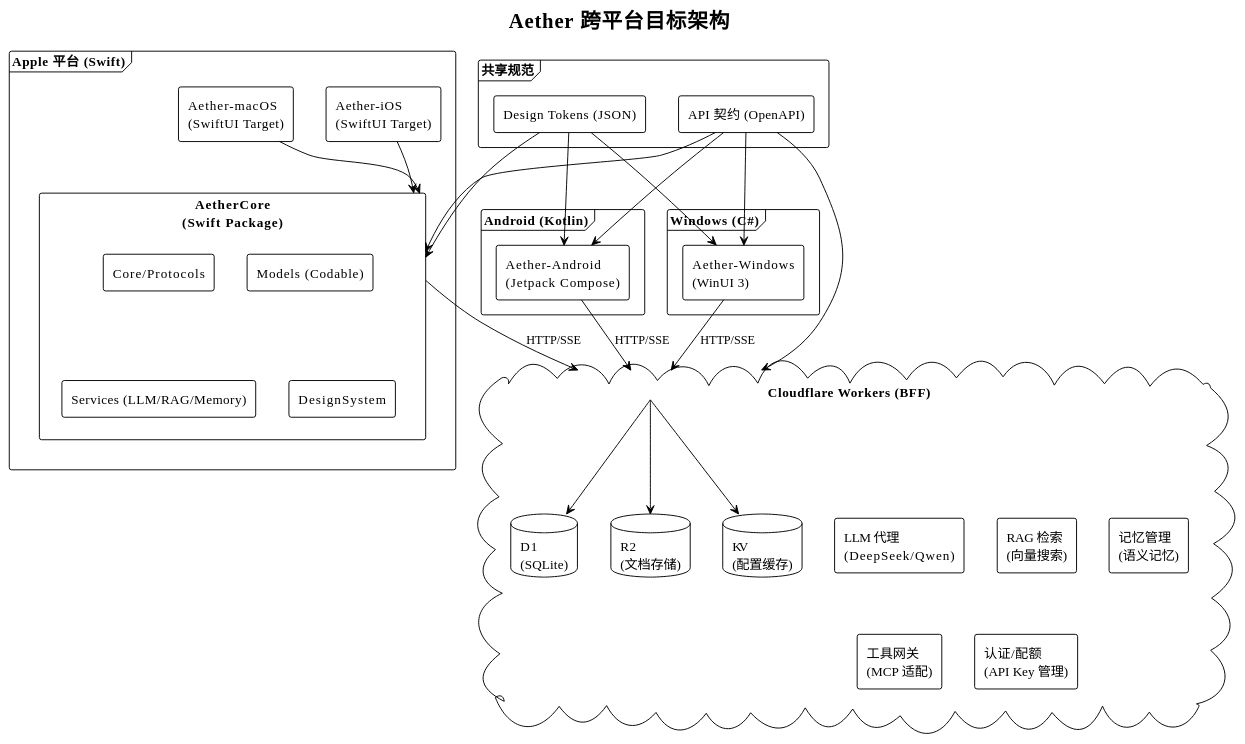
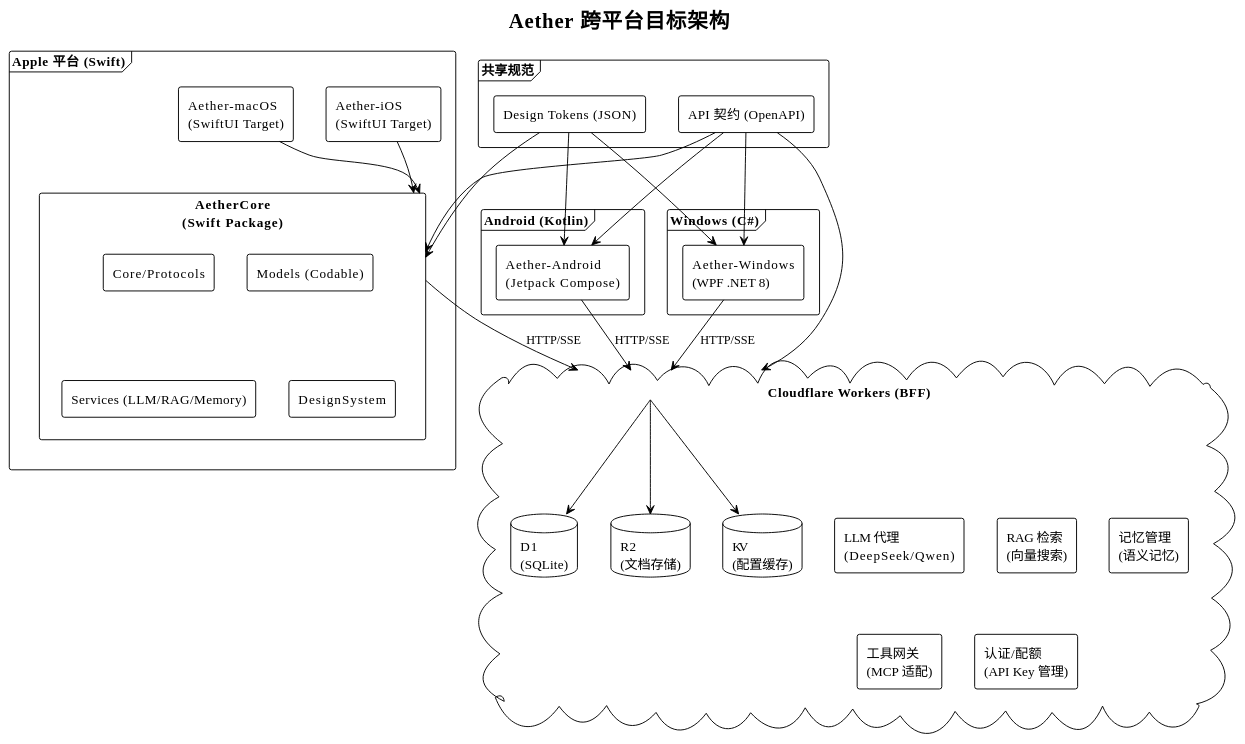
One commit to luosicx/Aether changed the third of 22 diagrams in doc/MASTER_PLAN.md. Above: the diagram before and after it, drawn with PlantUML. The commit also changed other lines of this file and 12 other files, not shown here.

````diff
--- a/doc/MASTER_PLAN.md
+++ b/doc/MASTER_PLAN.md
@@ -276,61 +276,61 @@
 ```plantuml
 @startuml
 !theme plain
 title Aether 跨平台目标架构
 
 skinparam componentStyle rectangle
 skinparam packageStyle frame
 
 cloud "Cloudflare Workers (BFF)" as BFF {
     component "LLM 代理\n(DeepSeek/Qwen)" as LLMBFF
     component "RAG 检索\n(向量搜索)" as RAGBFF
     component "记忆管理\n(语义记忆)" as MEMBFF
     component "工具网关\n(MCP 适配)" as TOOLBFF
     component "认证/配额\n(API Key 管理)" as AUTHBFF
     database "D1\n(SQLite)" as D1
     database "R2\n(文档存储)" as R2
     database "KV\n(配置缓存)" as KV
 }
 
 package "Apple 平台 (Swift)" {
     component "AetherCore\n(Swift Package)" as Core {
         component "Core/Protocols" as Proto
         component "Models (Codable)" as Models
         component "Services (LLM/RAG/Memory)" as Services
         component "DesignSystem" as DesignSys
     }
     component "Aether-iOS\n(SwiftUI Target)" as IOS
     component "Aether-macOS\n(SwiftUI Target)" as MAC
 }
 
 package "Android (Kotlin)" {
     component "Aether-Android\n(Jetpack Compose)" as ANDROID
 }
 
 package "Windows (C#)" {
-    component "Aether-Windows\n(WinUI 3)" as WIN
+    component "Aether-Windows\n(WPF .NET 8)" as WIN
 }
 
 package "共享规范" {
     component "Design Tokens (JSON)" as Tokens
     component "API 契约 (OpenAPI)" as APIContract
 }
 
 BFF --> D1
 BFF --> R2
 BFF --> KV
 Core --> BFF : HTTP/SSE
 IOS --> Core
 MAC --> Core
 ANDROID --> BFF : HTTP/SSE
 WIN --> BFF : HTTP/SSE
 Tokens --> Core
 Tokens --> ANDROID
 Tokens --> WIN
 APIContract --> BFF
 APIContract --> Core
 APIContract --> ANDROID
 APIContract --> WIN
 
 @enduml
 ```
````
